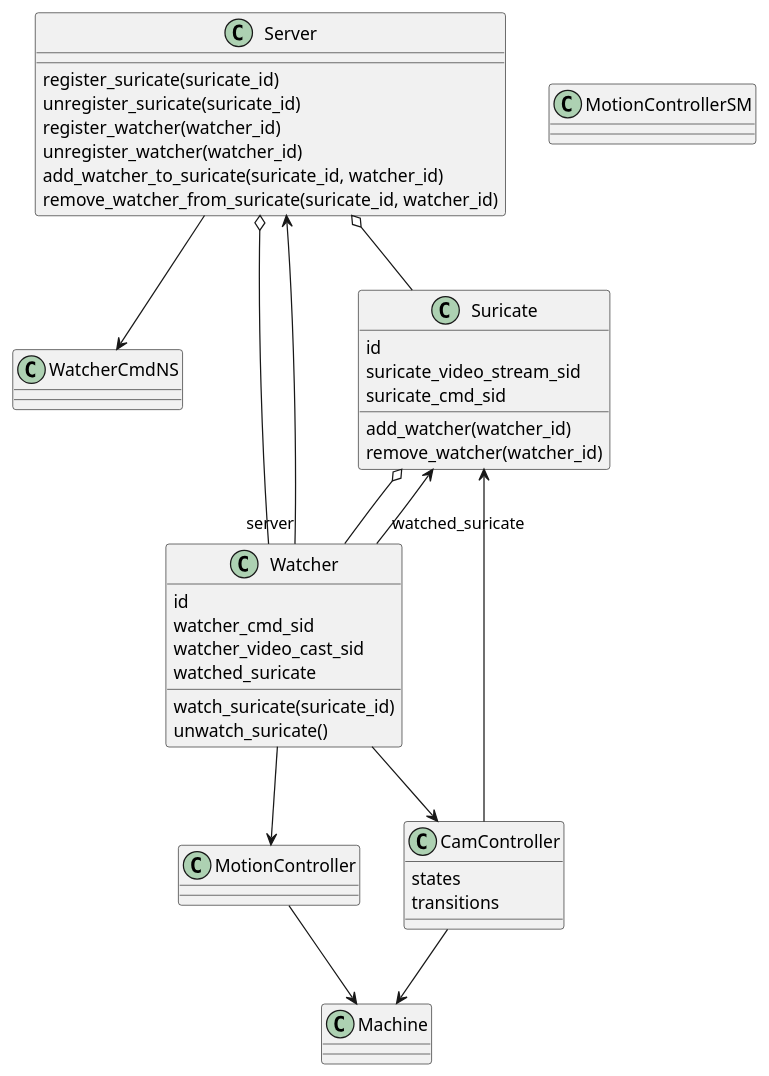
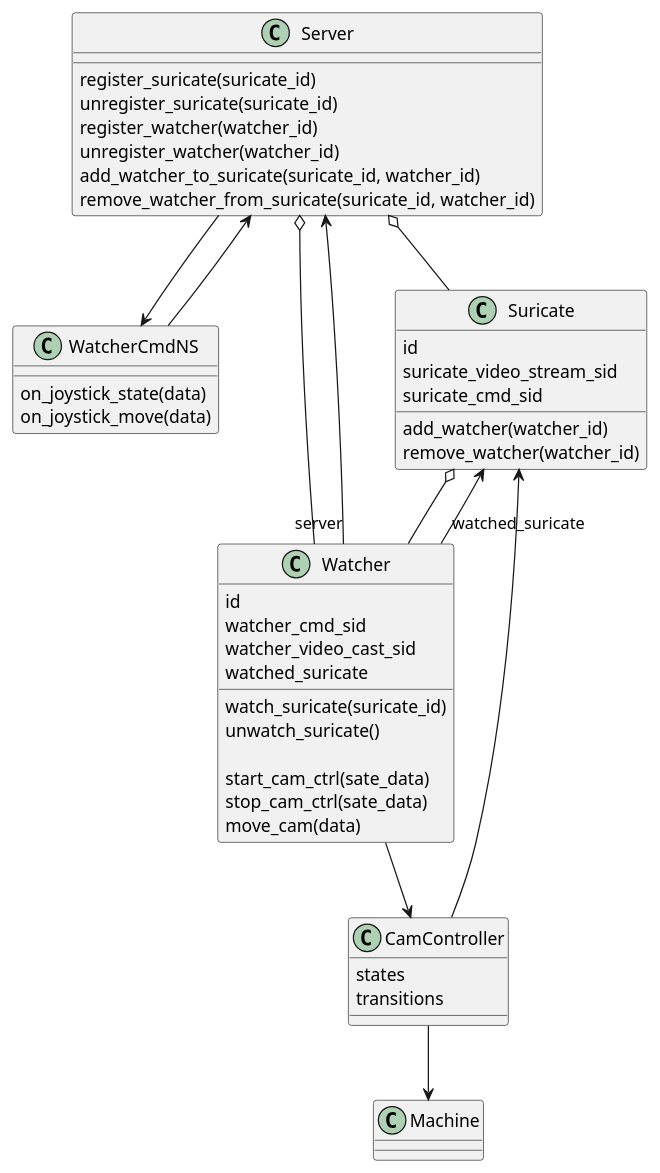
One commit to dkleinbe/suricatewatcher_server changed the diagram in doc/class.puml. Above: the diagram before and after it, drawn with PlantUML. The commit also changed 5 other files, not shown here.

Commit message:
cam ctrl first try

```diff
--- a/doc/class.puml
+++ b/doc/class.puml
@@ -1,77 +1,73 @@
 @startuml classdiag
 
 class Server {
 
   register_suricate(suricate_id)
   unregister_suricate(suricate_id)
   register_watcher(watcher_id)
   unregister_watcher(watcher_id)
   add_watcher_to_suricate(suricate_id, watcher_id)
   remove_watcher_from_suricate(suricate_id, watcher_id)
 }
 
 class WatcherCmdNS {
-
+  on_joystick_state(data)
+  on_joystick_move(data)
 }
 
 class Suricate {
 
   id
   suricate_video_stream_sid
   suricate_cmd_sid
   
   add_watcher(watcher_id)
   remove_watcher(watcher_id)
 
 }
 
 class Watcher {
-
   id
   watcher_cmd_sid
   watcher_video_cast_sid
   watched_suricate
 
   watch_suricate(suricate_id)
   unwatch_suricate()
 
+  start_cam_ctrl(sate_data)
+  stop_cam_ctrl(sate_data)
+  move_cam(data)
 }
 
 class CamController {
   states
   transitions
 }
 
-class MotionController {
 
-}
 
 class Machine {
 
 }
 
-class MotionControllerSM {
-
-}
 
 Server o-- Suricate
 Server o-- Watcher
 Server --> WatcherCmdNS
 
 
 Watcher "watched_suricate" --> Suricate
 Watcher "server" --> Server
 Watcher --> CamController
-Watcher --> MotionController
+
 
 Suricate o-- Watcher
 
-
-
+WatcherCmdNS --> Server
 
 CamController --> Machine
 CamController --> Suricate
 
-MotionController --> Machine
 
 @enduml
```
